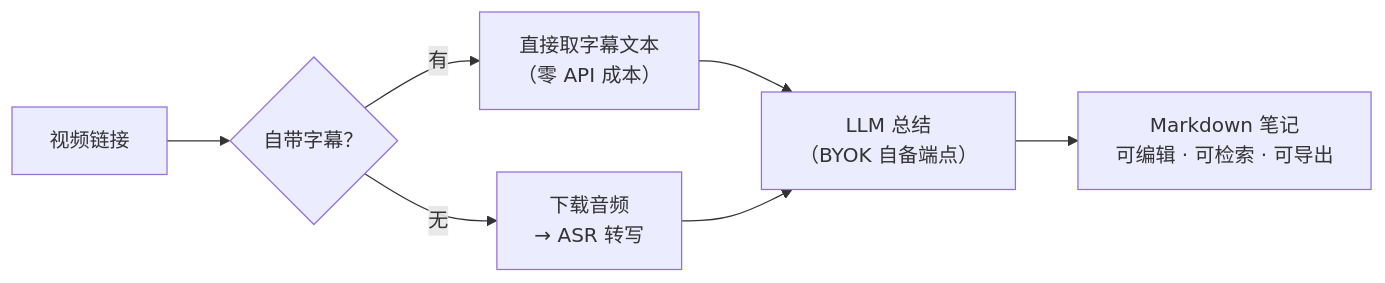
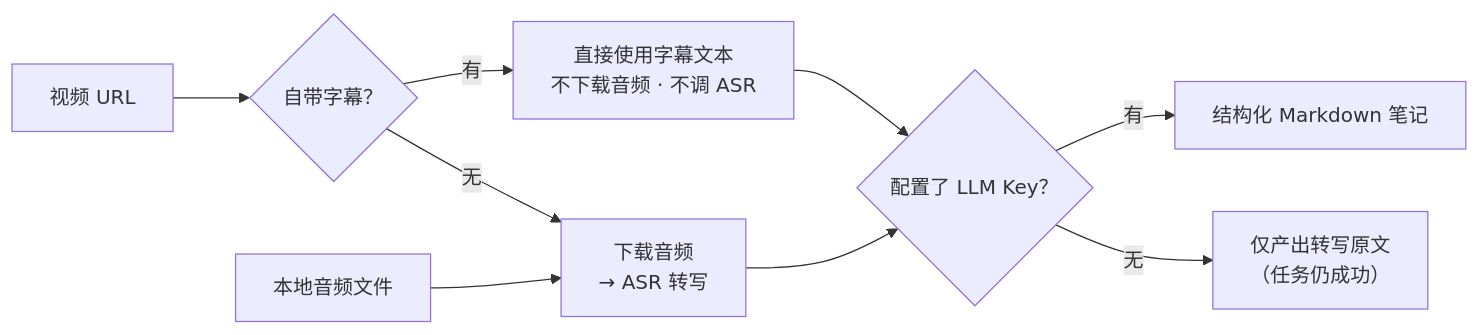
The diagram in README.md (soloworktop/vts), drawn with Mermaid before and after one commit. The commit also changed other lines of this file and 3 other files, not shown here.

````diff
--- a/README.md
+++ b/README.md
@@ -32,9 +51,11 @@
 ```mermaid
 flowchart LR
-    A["视频链接"] --> B{"自带字幕？"}
-    B -- "有" --> C["直接取字幕文本<br/>（零 API 成本）"]
+    A["视频 URL"] --> B{"自带字幕？"}
+    B -- "有" --> C["直接使用字幕文本<br/>不下载音频 · 不调 ASR"]
     B -- "无" --> D["下载音频<br/>→ ASR 转写"]
-    C --> E["LLM 总结<br/>（BYOK 自备端点）"]
+    L["本地音频文件"] --> D
+    C --> E{"配置了 LLM Key？"}
     D --> E
-    E --> F["Markdown 笔记<br/>可编辑 · 可检索 · 可导出"]
+    E -- "有" --> F["结构化 Markdown 笔记"]
+    E -- "无" --> G["仅产出转写原文<br/>（任务仍成功）"]
 ```
````
